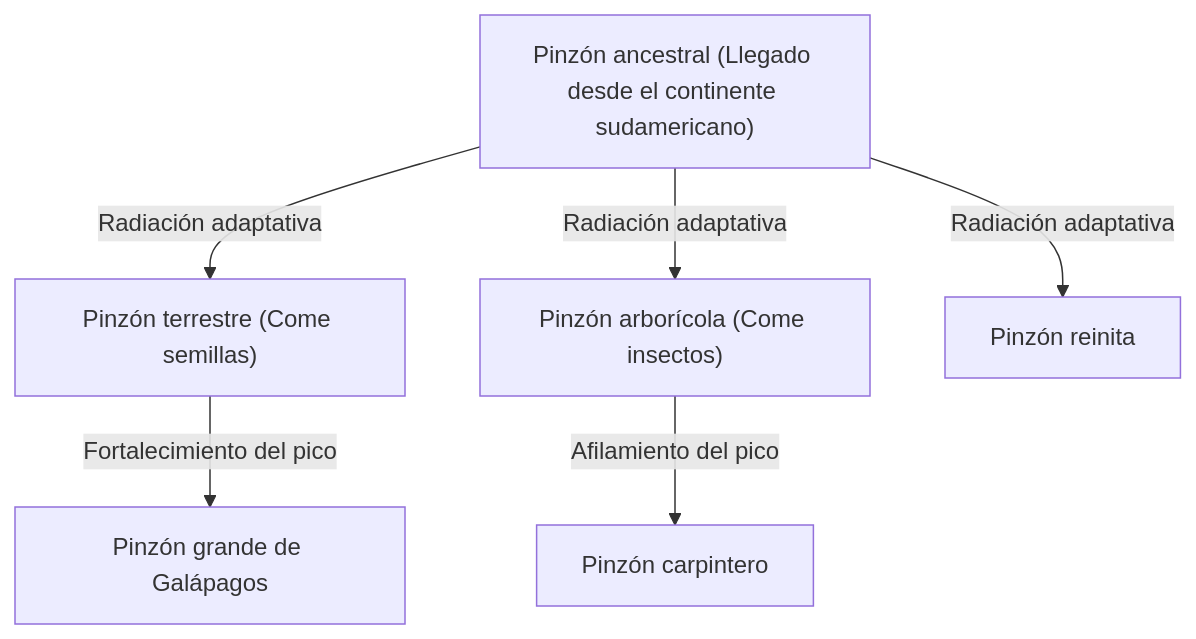
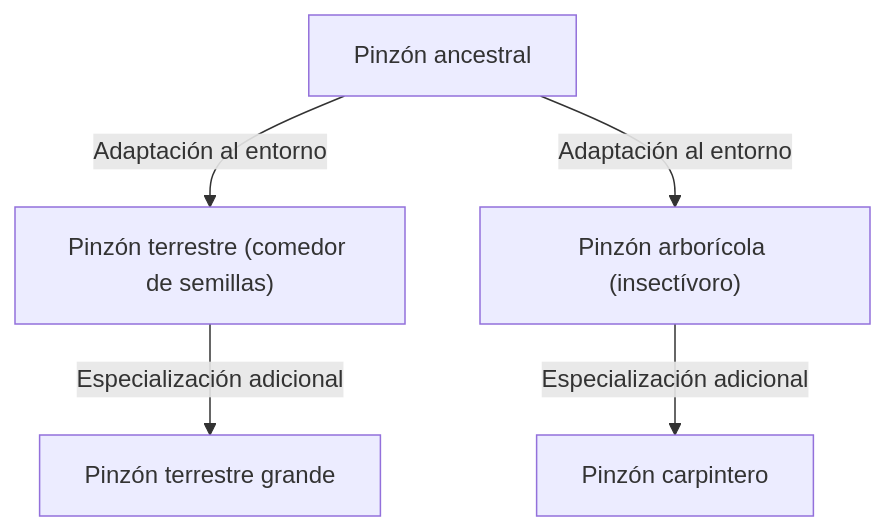
Before and after one commit to kenjinote/blog: the diagram in content/post/darwins-theory-of-evolution/index.es.md, drawn with Mermaid. The commit also changed other lines of this file and 129 other files, not shown here.

````diff
--- a/content/post/darwins-theory-of-evolution/index.es.md
+++ b/content/post/darwins-theory-of-evolution/index.es.md
@@ -25,9 +27,7 @@
 ```mermaid
 graph TD
-    A["Pinzón ancestral (Llegado desde el continente sudamericano)"]
-    A -- "Radiación adaptativa" --> B["Pinzón terrestre (Come semillas)"]
-    A -- "Radiación adaptativa" --> C["Pinzón arborícola (Come insectos)"]
-    A -- "Radiación adaptativa" --> D["Pinzón reinita"]
-    B -- "Fortalecimiento del pico" --> B1["Pinzón grande de Galápagos"]
-    C -- "Afilamiento del pico" --> C1["Pinzón carpintero"]
+    A["Pinzón ancestral"] -- "Adaptación al entorno" --> B["Pinzón terrestre (comedor de semillas)"]
+    A["Pinzón ancestral"] -- "Adaptación al entorno" --> C["Pinzón arborícola (insectívoro)"]
+    B["Pinzón terrestre (comedor de semillas)"] -- "Especialización adicional" --> D["Pinzón terrestre grande"]
+    C["Pinzón arborícola (insectívoro)"] -- "Especialización adicional" --> E["Pinzón carpintero"]
 ```
````
